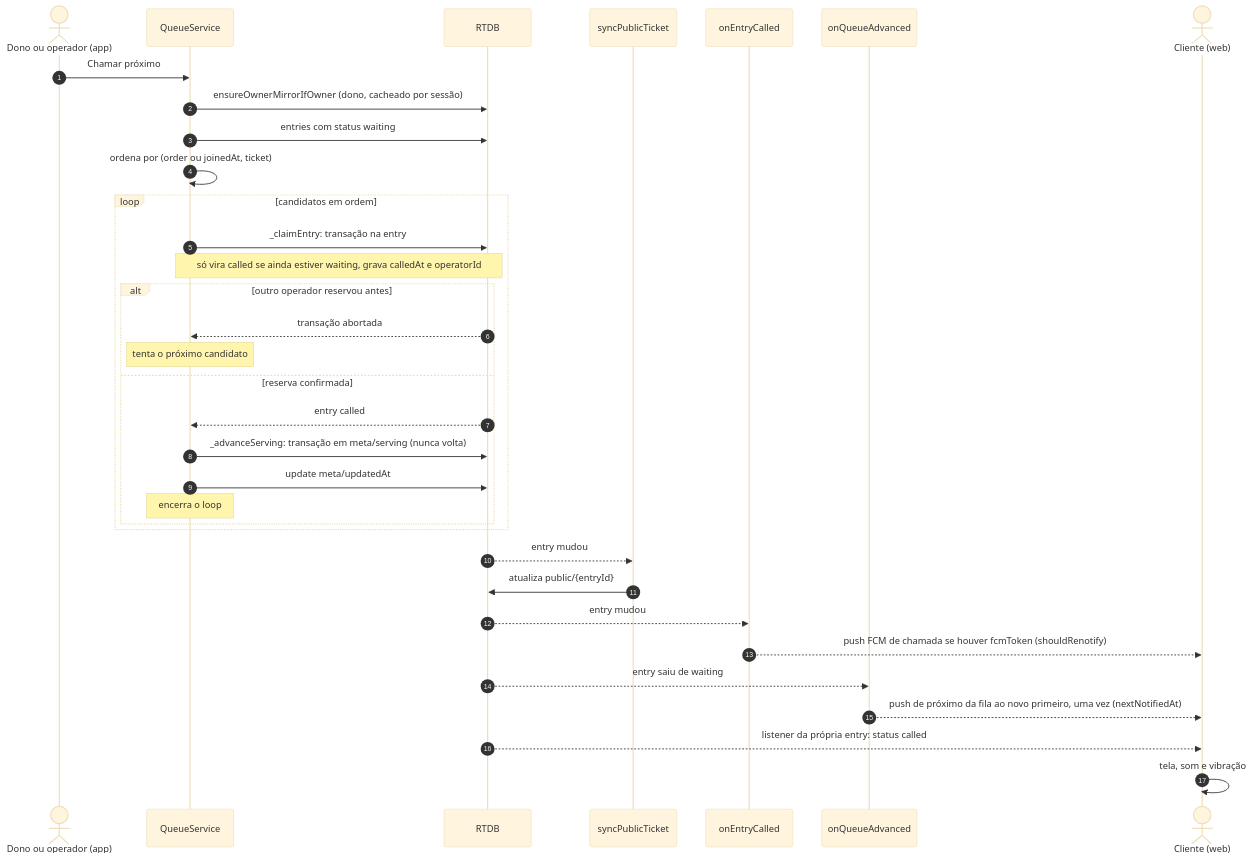
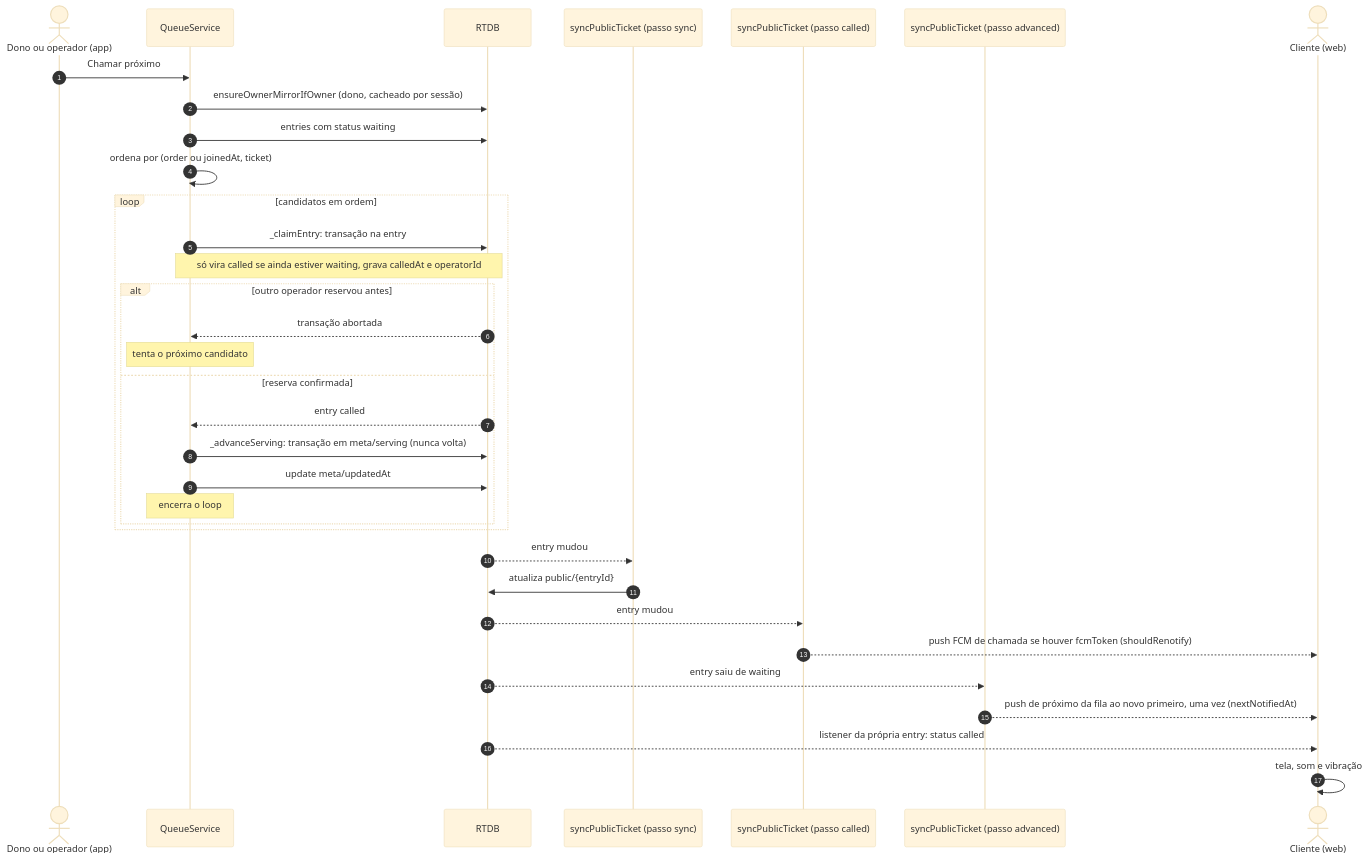
Before and after one commit to felipeselau/qio: the third of 5 diagrams in docs/arquitetura/diagramas.md, drawn with Mermaid (base theme). The commit also changed other lines of this file and 12 other files, not shown here.

````diff
--- a/docs/arquitetura/diagramas.md
+++ b/docs/arquitetura/diagramas.md
@@ -105,37 +105,37 @@
 ```mermaid
 sequenceDiagram
   autonumber
   actor O as Dono ou operador (app)
   participant Q as QueueService
   participant R as RTDB
-  participant T1 as syncPublicTicket
-  participant T2 as onEntryCalled
-  participant T3 as onQueueAdvanced
+  participant T1 as syncPublicTicket (passo sync)
+  participant T2 as syncPublicTicket (passo called)
+  participant T3 as syncPublicTicket (passo advanced)
   actor C as Cliente (web)
 
   O->>Q: Chamar próximo
   Q->>R: ensureOwnerMirrorIfOwner (dono, cacheado por sessão)
   Q->>R: entries com status waiting
   Q->>Q: ordena por (order ou joinedAt, ticket)
   loop candidatos em ordem
     Q->>R: _claimEntry: transação na entry
     Note over Q,R: só vira called se ainda estiver waiting, grava calledAt e operatorId
     alt outro operador reservou antes
       R-->>Q: transação abortada
       Note over Q: tenta o próximo candidato
     else reserva confirmada
       R-->>Q: entry called
       Q->>R: _advanceServing: transação em meta/serving (nunca volta)
       Q->>R: update meta/updatedAt
       Note over Q: encerra o loop
     end
   end
   R-->>T1: entry mudou
   T1->>R: atualiza public/{entryId}
   R-->>T2: entry mudou
   T2-->>C: push FCM de chamada se houver fcmToken (shouldRenotify)
   R-->>T3: entry saiu de waiting
   T3-->>C: push de próximo da fila ao novo primeiro, uma vez (nextNotifiedAt)
   R-->>C: listener da própria entry: status called
   C->>C: tela, som e vibração
 ```
````
